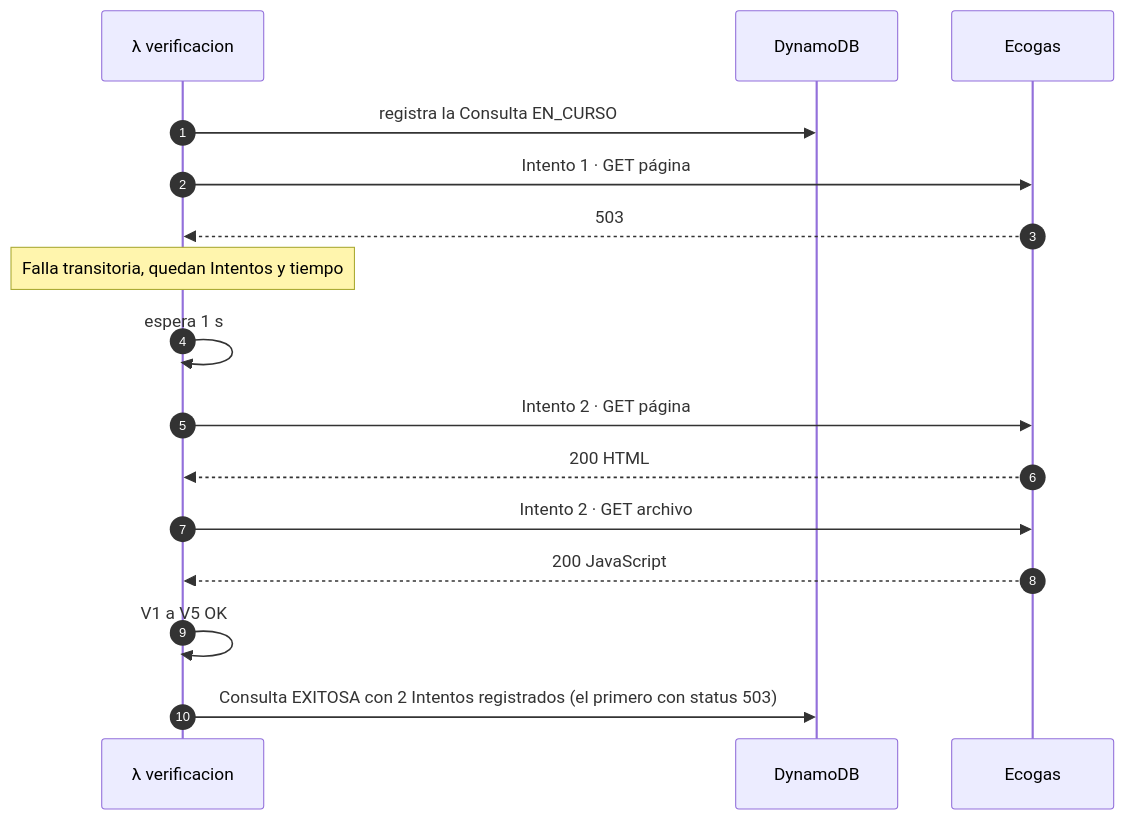
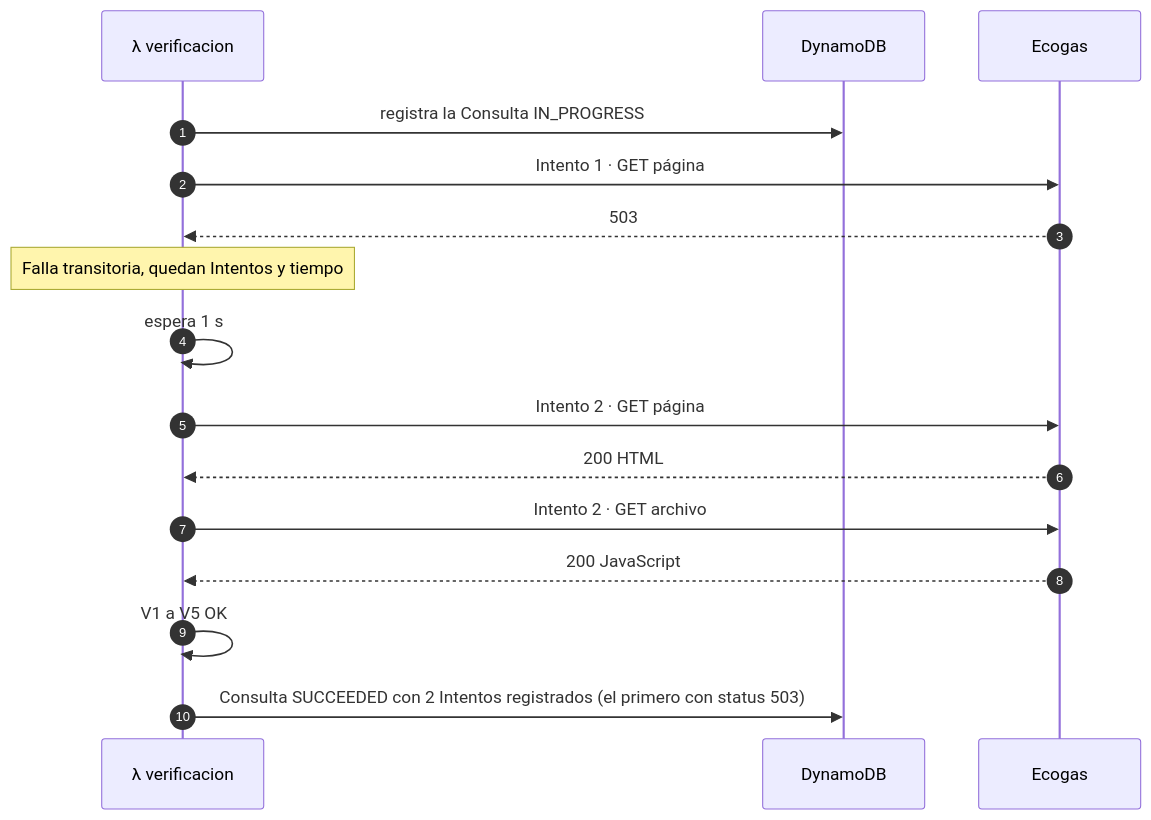
One commit to IvanDaniliuk01/MatriculAR changed the third of 4 diagrams in docs/api.md. Above: the diagram before and after it, drawn with Mermaid. The commit also changed other lines of this file and 23 other files, not shown here.

````diff
--- a/docs/api.md
+++ b/docs/api.md
@@ -361,19 +361,19 @@
 ```mermaid
 sequenceDiagram
     autonumber
     participant L as λ verificacion
     participant D as DynamoDB
     participant E as Ecogas
 
-    L->>D: registra la Consulta EN_CURSO
+    L->>D: registra la Consulta IN_PROGRESS
     L->>E: Intento 1 · GET página
     E-->>L: 503
     Note over L: Falla transitoria, quedan Intentos y tiempo
     L->>L: espera 1 s
     L->>E: Intento 2 · GET página
     E-->>L: 200 HTML
     L->>E: Intento 2 · GET archivo
     E-->>L: 200 JavaScript
     L->>L: V1 a V5 OK
-    L->>D: Consulta EXITOSA con 2 Intentos registrados (el primero con status 503)
+    L->>D: Consulta SUCCEEDED con 2 Intentos registrados (el primero con status 503)
 ```
````
